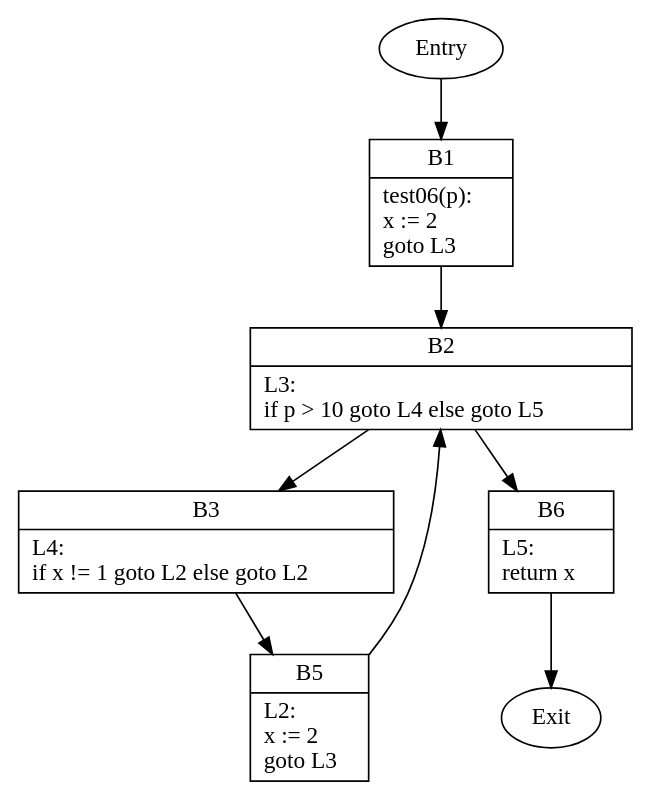
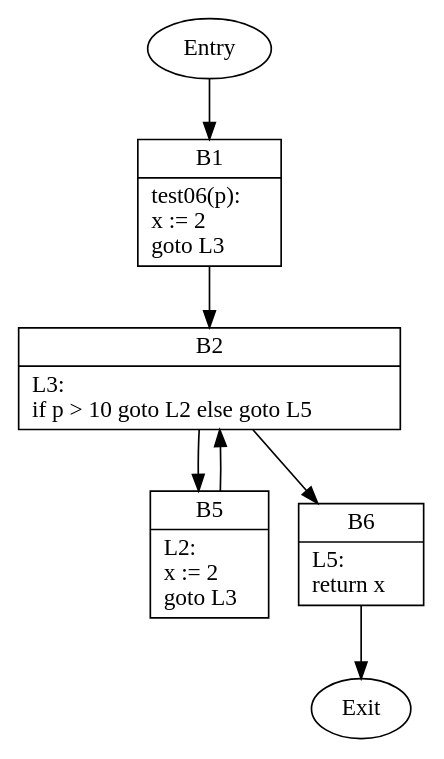
The diagram in control_flow/analysis/examples/test06_002_cfg.dot (aprell/compiler-potpourri), drawn with Graphviz before and after one commit. The commit also changed 28 other files, not shown here.

```diff
--- a/control_flow/analysis/examples/test06_002_cfg.dot
+++ b/control_flow/analysis/examples/test06_002_cfg.dot
@@ -1,14 +1,12 @@
 digraph CFG {
     B1 [shape=record label="{B1|test06(p):\lx := 2\lgoto L3\l}"];
-    B2 [shape=record label="{B2|L3:\lif p \> 10 goto L4 else goto L5\l}"];
-    B3 [shape=record label="{B3|L4:\lif x != 1 goto L2 else goto L2\l}"];
+    B2 [shape=record label="{B2|L3:\lif p \> 10 goto L2 else goto L5\l}"];
     B5 [shape=record label="{B5|L2:\lx := 2\lgoto L3\l}"];
     B6 [shape=record label="{B6|L5:\lreturn x\l}"];
     Entry -> B1;
     B1 -> B2;
-    B2 -> B3;
+    B2 -> B5;
     B2 -> B6;
-    B3 -> B5;
     B5 -> B2;
     B6 -> Exit;
 }
```
